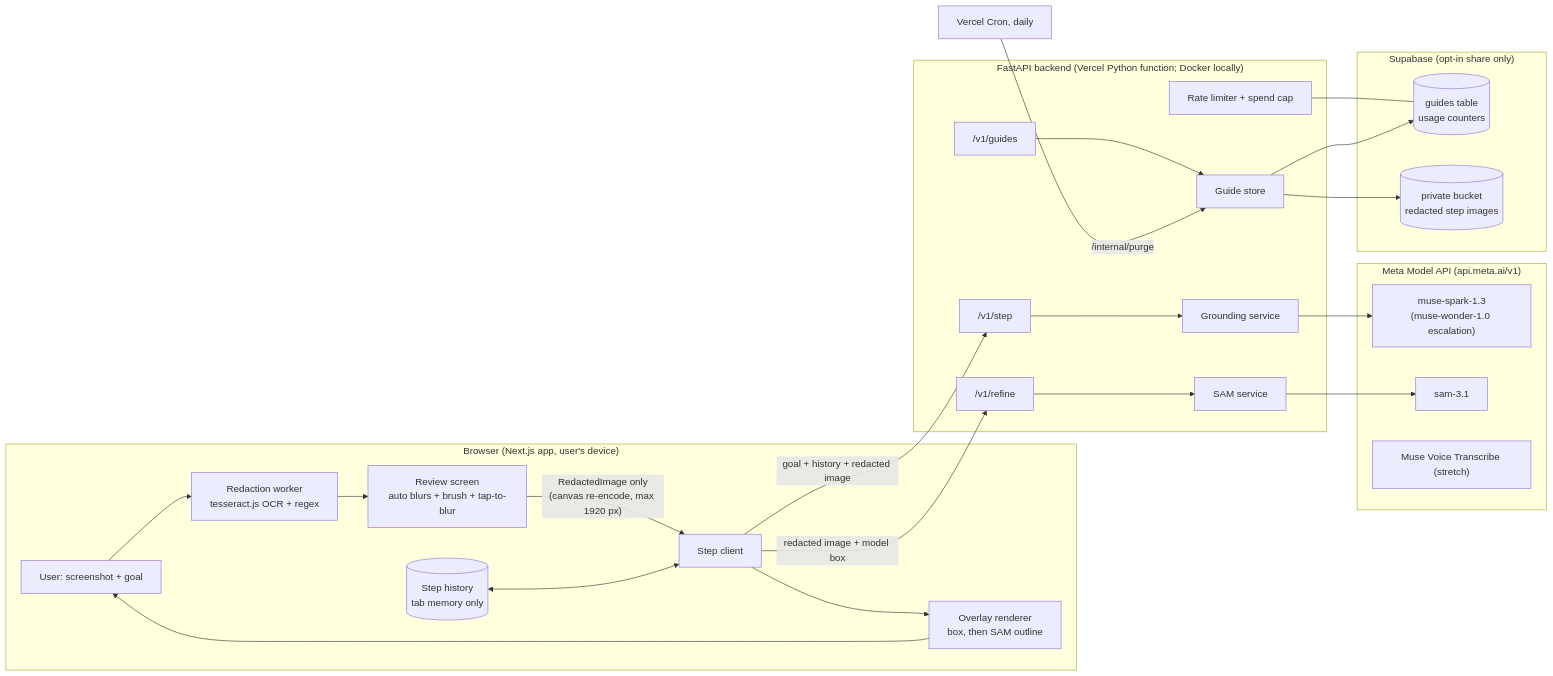
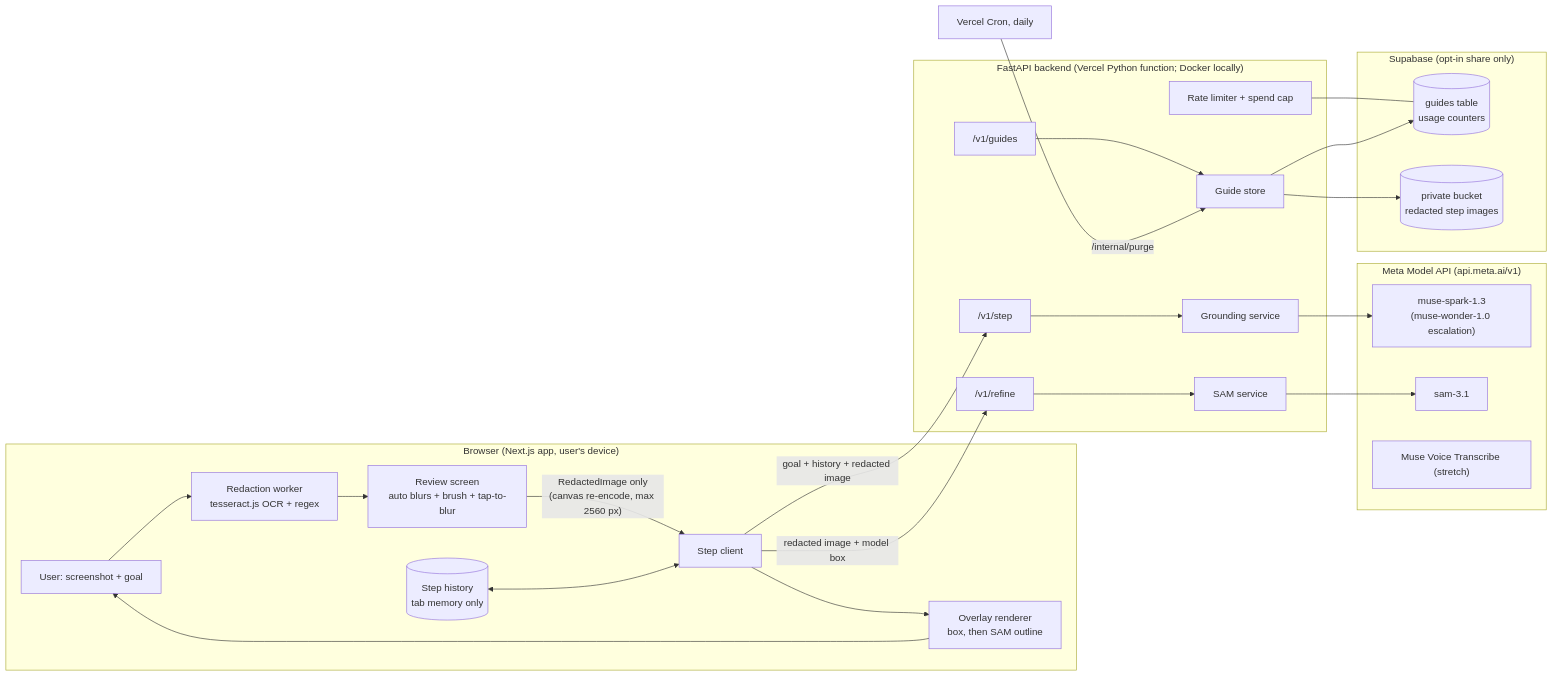
Before and after one commit to jeevesh2515/showme: the first of 2 diagrams in docs/ARCHITECTURE.md, drawn with Mermaid. The commit also changed other lines of this file and 11 other files, not shown here.

````diff
--- a/docs/ARCHITECTURE.md
+++ b/docs/ARCHITECTURE.md
@@ -10,34 +10,34 @@
 ```mermaid
 flowchart LR
   subgraph Browser["Browser (Next.js app, user's device)"]
     U[User: screenshot + goal] --> R["Redaction worker<br/>tesseract.js OCR + regex"]
     R --> RV["Review screen<br/>auto blurs + brush + tap-to-blur"]
-    RV -->|"RedactedImage only<br/>(canvas re-encode, max 1920 px)"| C[Step client]
+    RV -->|"RedactedImage only<br/>(canvas re-encode, max 2560 px)"| C[Step client]
     C --> O["Overlay renderer<br/>box, then SAM outline"]
     O --> U
     H[("Step history<br/>tab memory only")] <--> C
   end
   subgraph API["FastAPI backend (Vercel Python function; Docker locally)"]
     S["/v1/step"] --> G["Grounding service"]
     F["/v1/refine"] --> M["SAM service"]
     T["/v1/guides"] --> GS["Guide store"]
     RL["Rate limiter + spend cap"]
   end
   subgraph Meta["Meta Model API (api.meta.ai/v1)"]
     MS["muse-spark-1.3<br/>(muse-wonder-1.0 escalation)"]
     SAM["sam-3.1"]
     VT["Muse Voice Transcribe (stretch)"]
   end
   subgraph Supa["Supabase (opt-in share only)"]
     DB[("guides table<br/>usage counters")]
     ST[("private bucket<br/>redacted step images")]
   end
   C -->|"goal + history + redacted image"| S
   C -->|"redacted image + model box"| F
   G --> MS
   M --> SAM
   RL --- DB
   GS --> DB
   GS --> ST
   CRON["Vercel Cron, daily"] -->|"/internal/purge"| GS
 ```
````
